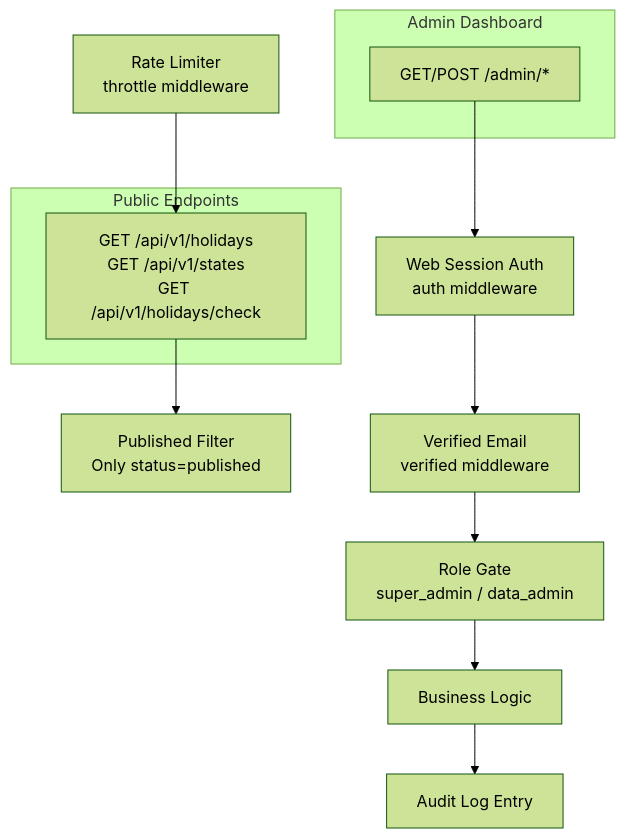
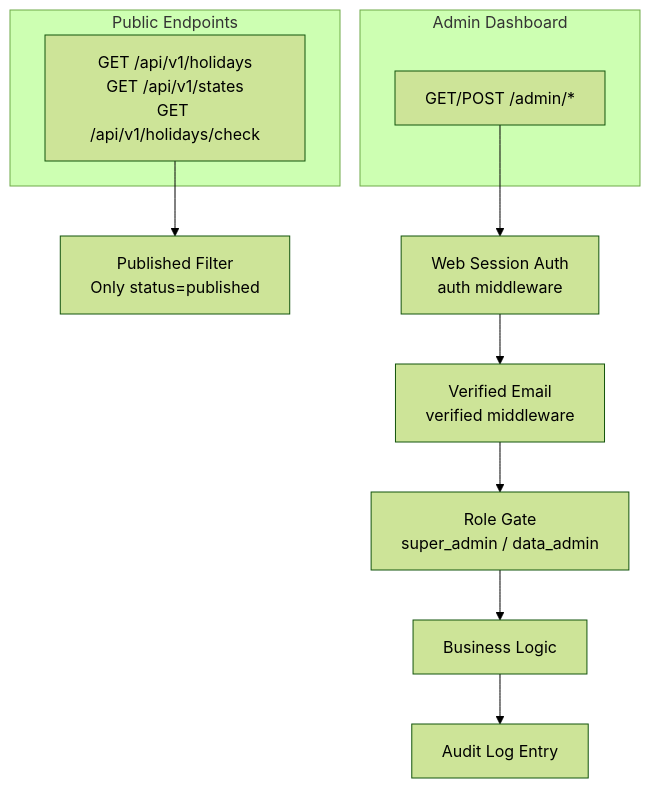
One commit to DyDxdYdX/malaysia-holiday-api changed the fourth of 4 diagrams in docs/01-system-architecture.md. Above: the diagram before and after it, drawn with Mermaid (forest theme). The commit also changed other lines of this file and 27 other files, not shown here.

````diff
--- a/docs/01-system-architecture.md
+++ b/docs/01-system-architecture.md
@@ -159,19 +153,18 @@
 ```mermaid
 flowchart TB
     subgraph Public["Public Endpoints"]
         PE[GET /api/v1/holidays<br/>GET /api/v1/states<br/>GET /api/v1/holidays/check]
     end
 
     subgraph Admin["Admin Dashboard"]
         AE[GET/POST /admin/*]
     end
 
-    RL[Rate Limiter<br/>throttle middleware] --> PE
     PE --> PF[Published Filter<br/>Only status=published]
 
     AE --> SA[Web Session Auth<br/>auth middleware]
     SA --> VE[Verified Email<br/>verified middleware]
     VE --> RB[Role Gate<br/>super_admin / data_admin]
     RB --> BL[Business Logic]
     BL --> AL[Audit Log Entry]
 ```
````
